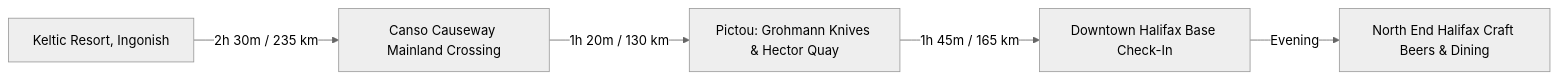
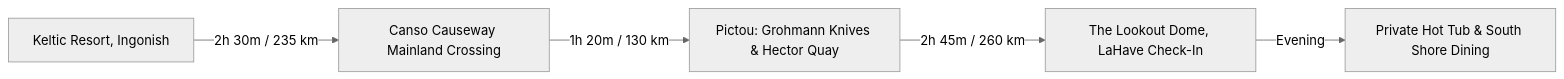
Before and after one commit to iammzz/novascotia-2026: the diagram in docs/day4_baddeck_to_halifax_heritage.md, drawn with Mermaid (neutral theme). The commit also changed other lines of this file and 12 other files, not shown here.

Commit message:
Consume hotel receipts for Oct 9 (Moxy Halifax), Oct 11 (Chéticamp Suite), and Oct 13 (LaHave Lookout Dome)

````diff
--- a/docs/day4_baddeck_to_halifax_heritage.md
+++ b/docs/day4_baddeck_to_halifax_heritage.md
@@ -28,7 +28,7 @@
 ```mermaid
 graph LR
     A[Keltic Resort, Ingonish] -->|2h 30m / 235 km| B[Canso Causeway Mainland Crossing]
     B -->|1h 20m / 130 km| C[Pictou: Grohmann Knives & Hector Quay]
-    C -->|1h 45m / 165 km| D[Downtown Halifax Base Check-In]
-    D -->|Evening| E[North End Halifax Craft Beers & Dining]
+    C -->|2h 45m / 260 km| D[The Lookout Dome, LaHave Check-In]
+    D -->|Evening| E[Private Hot Tub & South Shore Dining]
 ```
````
